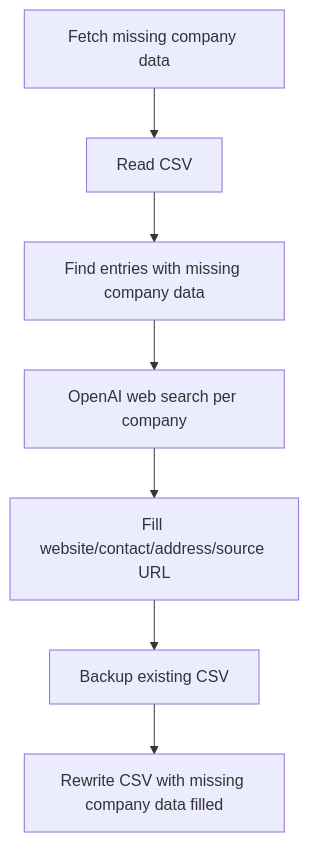
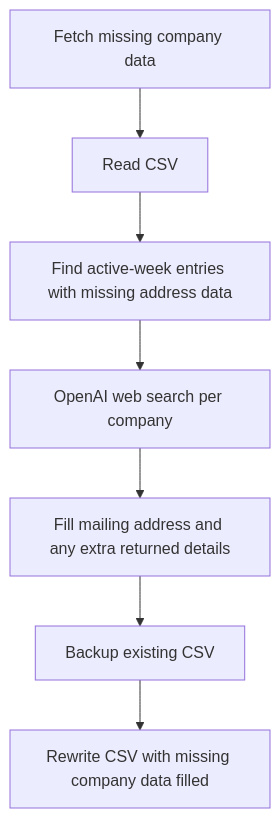
The sixth of 6 diagrams in README.md (idahotallpaul/work-search-reporter), drawn with Mermaid before and after one commit. The commit also changed other lines of this file and 2 other files, not shown here.

Commit message:
Scope enrichment to active week addresses

````diff
--- a/README.md
+++ b/README.md
@@ -214,9 +214,9 @@
 ```mermaid
 flowchart TD
   A["Fetch missing company data"] --> B["Read CSV"]
-  B --> C["Find entries with missing company data"]
+  B --> C["Find active-week entries with missing address data"]
   C --> D["OpenAI web search per company"]
-  D --> E["Fill website/contact/address/source URL"]
+  D --> E["Fill mailing address and any extra returned details"]
   E --> F["Backup existing CSV"]
   F --> G["Rewrite CSV with missing company data filled"]
 ```
````
